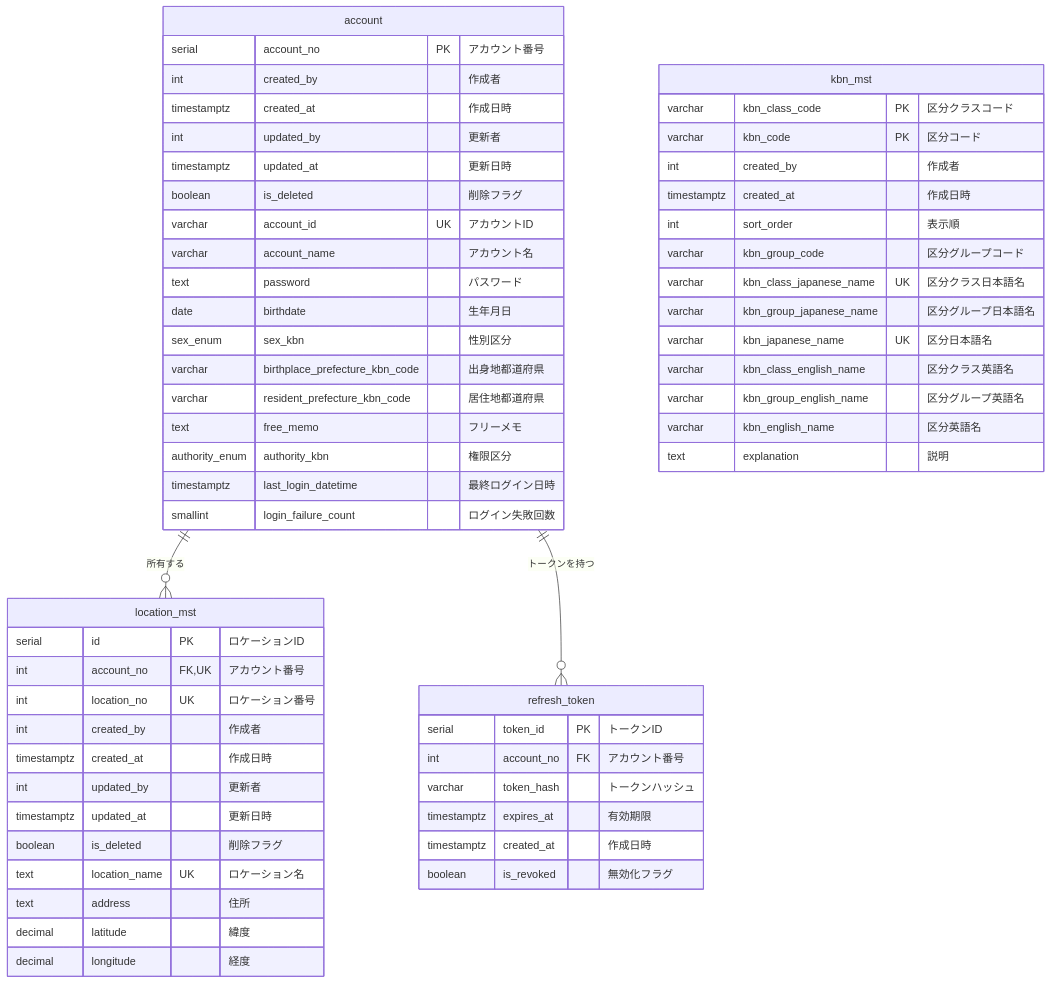
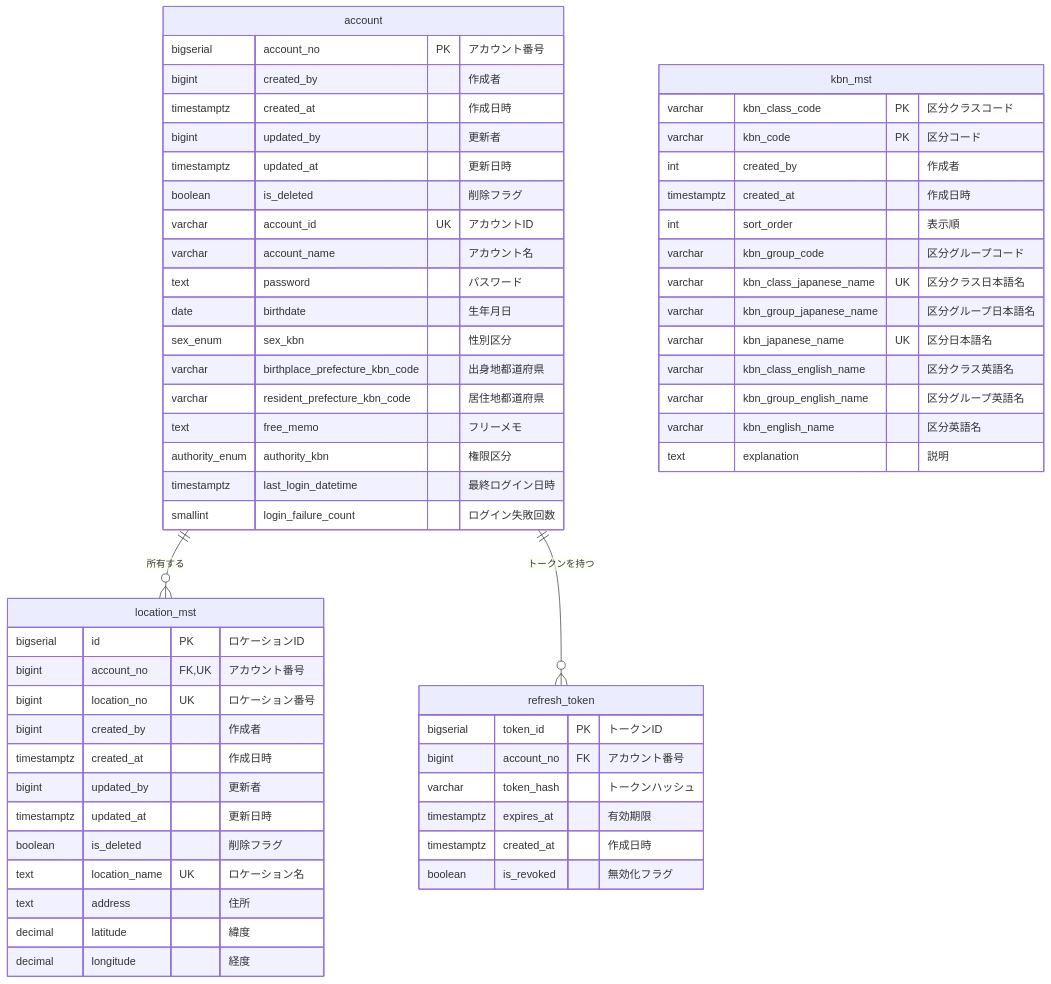
One commit to KentoKodama214/WebGallery changed the second of 3 diagrams in doc/database/er-diagram.md. Above: the diagram before and after it, drawn with Mermaid. The commit also changed other lines of this file and 2 other files, not shown here.

Commit message:
データベースドキュメントのserial→bigserial、int→bigint変更を反映

````diff
--- a/doc/database/er-diagram.md
+++ b/doc/database/er-diagram.md
@@ -127,65 +127,65 @@
 ```mermaid
 erDiagram
     account {
-        serial account_no PK "アカウント番号"
-        int created_by "作成者"
+        bigserial account_no PK "アカウント番号"
+        bigint created_by "作成者"
         timestamptz created_at "作成日時"
-        int updated_by "更新者"
+        bigint updated_by "更新者"
         timestamptz updated_at "更新日時"
         boolean is_deleted "削除フラグ"
         varchar account_id UK "アカウントID"
         varchar account_name "アカウント名"
         text password "パスワード"
         date birthdate "生年月日"
         sex_enum sex_kbn "性別区分"
         varchar birthplace_prefecture_kbn_code "出身地都道府県"
         varchar resident_prefecture_kbn_code "居住地都道府県"
         text free_memo "フリーメモ"
         authority_enum authority_kbn "権限区分"
         timestamptz last_login_datetime "最終ログイン日時"
         smallint login_failure_count "ログイン失敗回数"
     }
 
     kbn_mst {
         varchar kbn_class_code PK "区分クラスコード"
         varchar kbn_code PK "区分コード"
         int created_by "作成者"
         timestamptz created_at "作成日時"
         int sort_order "表示順"
         varchar kbn_group_code "区分グループコード"
         varchar kbn_class_japanese_name UK "区分クラス日本語名"
         varchar kbn_group_japanese_name "区分グループ日本語名"
         varchar kbn_japanese_name UK "区分日本語名"
         varchar kbn_class_english_name "区分クラス英語名"
         varchar kbn_group_english_name "区分グループ英語名"
         varchar kbn_english_name "区分英語名"
         text explanation "説明"
     }
 
     location_mst {
-        serial id PK "ロケーションID"
-        int account_no FK,UK "アカウント番号"
-        int location_no UK "ロケーション番号"
-        int created_by "作成者"
+        bigserial id PK "ロケーションID"
+        bigint account_no FK,UK "アカウント番号"
+        bigint location_no UK "ロケーション番号"
+        bigint created_by "作成者"
         timestamptz created_at "作成日時"
-        int updated_by "更新者"
+        bigint updated_by "更新者"
         timestamptz updated_at "更新日時"
         boolean is_deleted "削除フラグ"
         text location_name UK "ロケーション名"
         text address "住所"
         decimal latitude "緯度"
         decimal longitude "経度"
     }
 
     refresh_token {
-        serial token_id PK "トークンID"
-        int account_no FK "アカウント番号"
+        bigserial token_id PK "トークンID"
+        bigint account_no FK "アカウント番号"
         varchar token_hash "トークンハッシュ"
         timestamptz expires_at "有効期限"
         timestamptz created_at "作成日時"
         boolean is_revoked "無効化フラグ"
     }
 
     account ||--o{ location_mst : "所有する"
     account ||--o{ refresh_token : "トークンを持つ"
 ```
````
